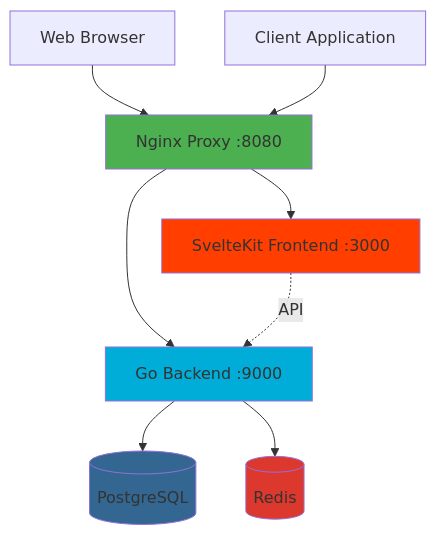
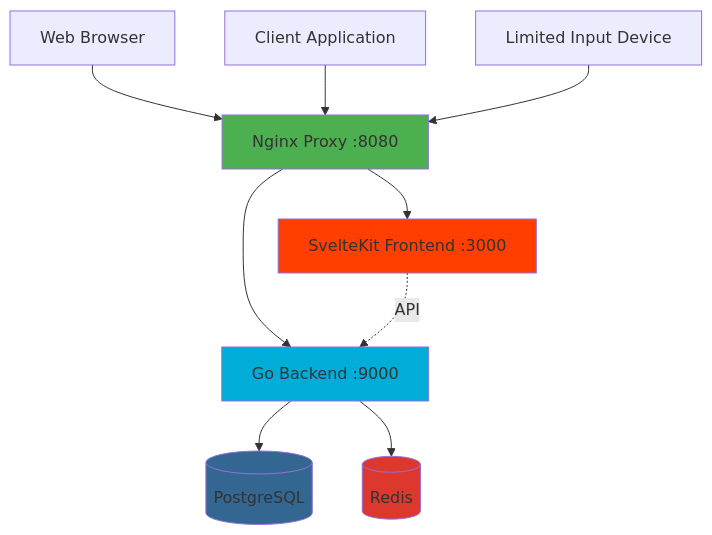
One commit to royzah/OryxID changed the first of 8 diagrams in README.md. Above: the diagram before and after it, drawn with Mermaid. The commit also changed other lines of this file and 10 other files, not shown here.

````diff
--- a/README.md
+++ b/README.md
@@ -7,24 +21,26 @@
 ```mermaid
 graph TB
     Client[Client Application]
     Browser[Web Browser]
+    Device[Limited Input Device]
     Nginx[Nginx Proxy :8080]
     Frontend[SvelteKit Frontend :3000]
     Backend[Go Backend :9000]
     DB[(PostgreSQL)]
     Redis[(Redis)]
 
     Browser --> Nginx
     Client --> Nginx
+    Device --> Nginx
     Nginx --> Frontend
     Nginx --> Backend
     Backend --> DB
     Backend --> Redis
     Frontend -.->|API| Backend
 
     style Nginx fill:#4CAF50
     style Backend fill:#00ADD8
     style Frontend fill:#FF3E00
     style DB fill:#336791
     style Redis fill:#DC382D
 ```
````
